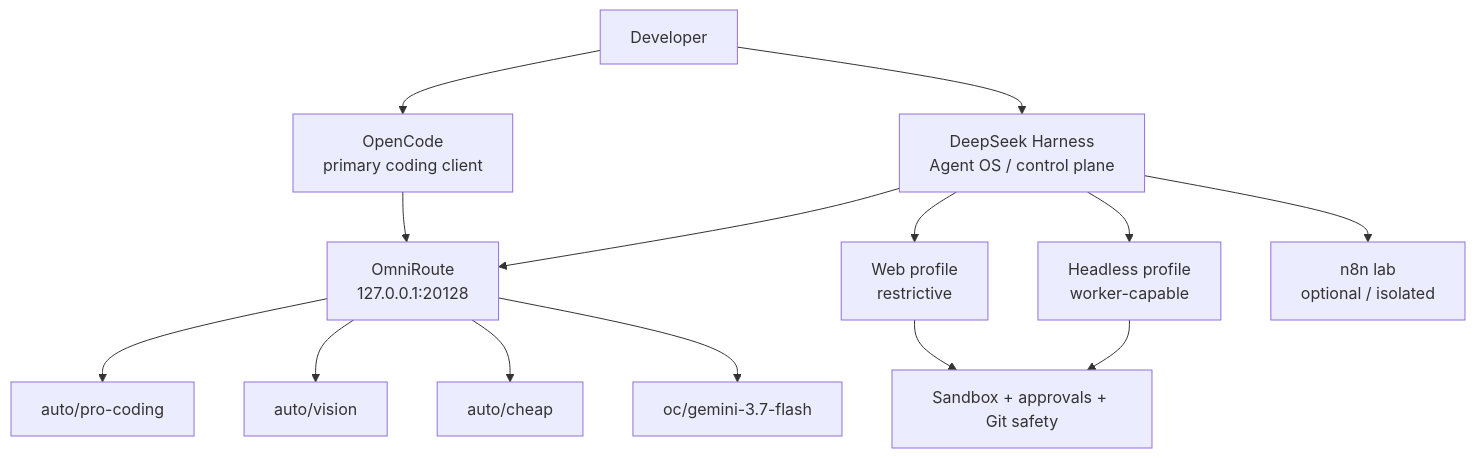
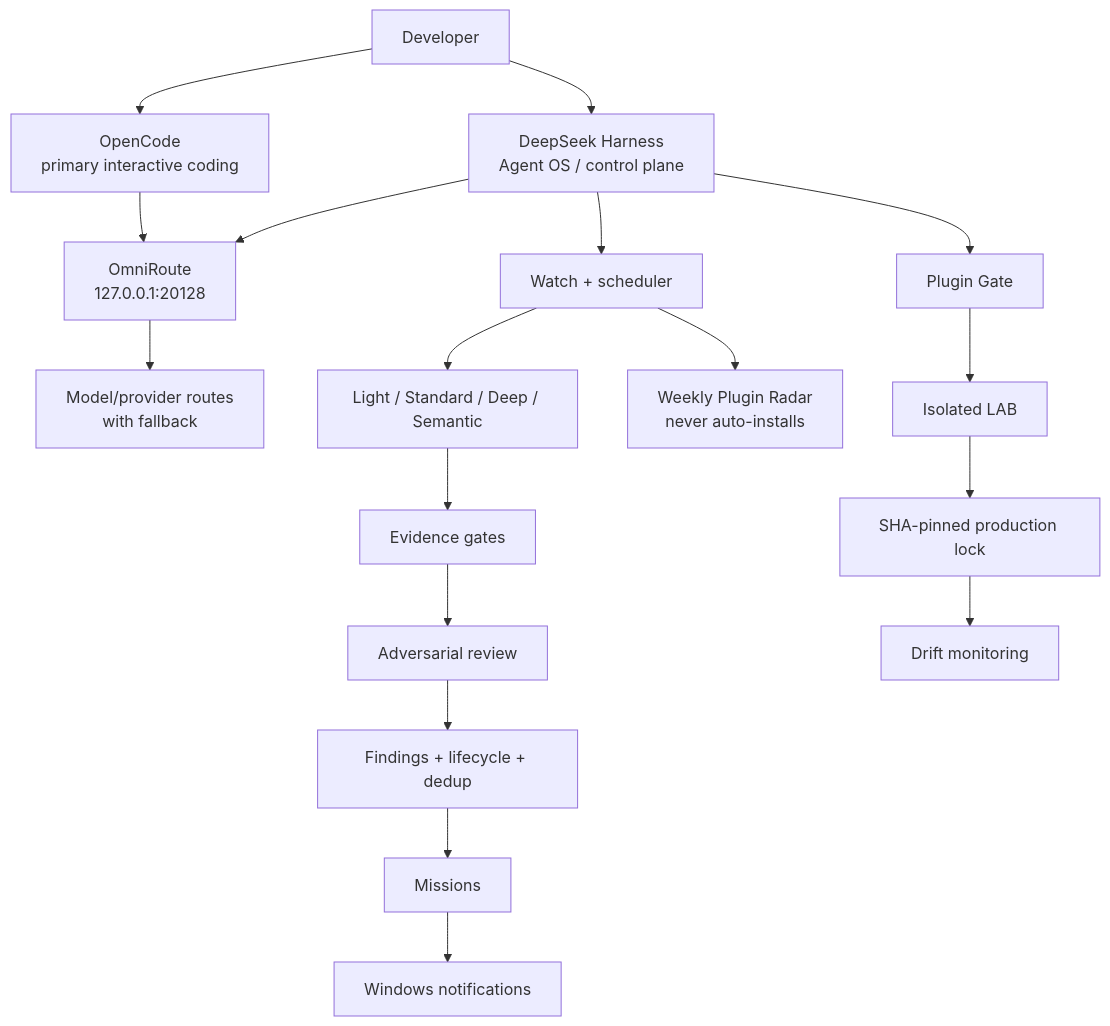
One commit to StockNewsBR/ai-coding-stack-omniroute-nvidia-opencode changed the diagram in docs/08-deepseek-harness-agent-os.md. Above: the diagram before and after it, drawn with Mermaid. The commit also changed other lines of this file, not shown here.

Commit message:
docs: finalize DeepSeek Harness Agent OS guide

````diff
--- a/docs/08-deepseek-harness-agent-os.md
+++ b/docs/08-deepseek-harness-agent-os.md
@@ -9,21 +305,25 @@
 ```mermaid
 flowchart TD
-    DEV[Developer] --> OC[OpenCode\nprimary coding client]
+    DEV[Developer] --> OC[OpenCode\nprimary interactive coding]
     DEV --> DSH[DeepSeek Harness\nAgent OS / control plane]
 
     OC --> OR[OmniRoute\n127.0.0.1:20128]
     DSH --> OR
 
-    OR --> PC[auto/pro-coding]
-    OR --> VIS[auto/vision]
-    OR --> CHEAP[auto/cheap]
-    OR --> GEM[oc/gemini-3.7-flash]
+    OR --> MODELS[Model/provider routes\nwith fallback]
 
-    DSH --> WEB[Web profile\nrestrictive]
-    DSH --> HEAD[Headless profile\nworker-capable]
+    DSH --> WATCH[Watch + scheduler]
+    WATCH --> AUDITS[Light / Standard / Deep / Semantic]
+    AUDITS --> EVIDENCE[Evidence gates]
+    EVIDENCE --> REVIEW[Adversarial review]
+    REVIEW --> FINDINGS[Findings + lifecycle + dedup]
+    FINDINGS --> MISSIONS[Missions]
+    MISSIONS --> NOTIFY[Windows notifications]
 
-    WEB --> GUARDS[Sandbox + approvals + Git safety]
-    HEAD --> GUARDS
+    DSH --> PG[Plugin Gate]
+    PG --> LAB[Isolated LAB]
+    LAB --> LOCK[SHA-pinned production lock]
+    LOCK --> DRIFT[Drift monitoring]
 
-    DSH --> N8N[n8n lab\noptional / isolated]
+    WATCH --> RADAR[Weekly Plugin Radar\nnever auto-installs]
 ```
````
